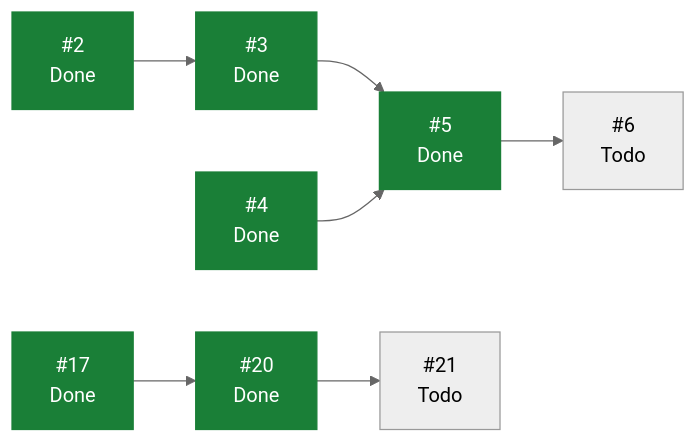
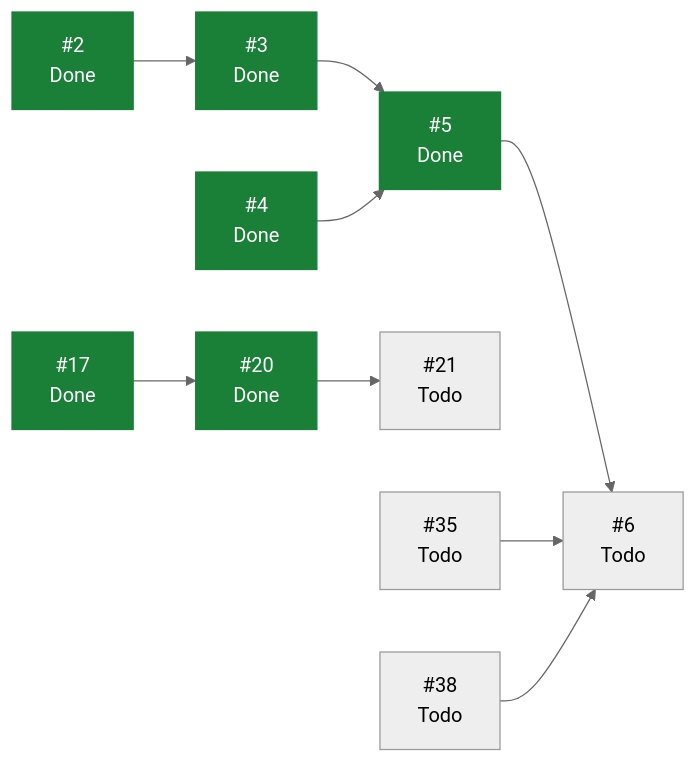
One commit to ecamp0s/evault changed the diagram in docs/planning/STATUS.md. Above: the diagram before and after it, drawn with Mermaid (neutral theme). The commit also changed other lines of this file, not shown here.

````diff
--- a/docs/planning/STATUS.md
+++ b/docs/planning/STATUS.md
@@ -55,19 +56,23 @@
 ```mermaid
 graph LR
   I2["#2<br/>Done"]
   I3["#3<br/>Done"]
   I4["#4<br/>Done"]
   I5["#5<br/>Done"]
   I6["#6<br/>Todo"]
   I17["#17<br/>Done"]
   I20["#20<br/>Done"]
   I21["#21<br/>Todo"]
+  I35["#35<br/>Todo"]
+  I38["#38<br/>Todo"]
   I2 --> I3
   I3 --> I5
   I4 --> I5
   I5 --> I6
   I17 --> I20
   I20 --> I21
+  I35 --> I6
+  I38 --> I6
   classDef hecho fill:#1a7f37,stroke:#1a7f37,color:#fff;
   class I2,I3,I4,I5,I17,I20 hecho;
 ```
````
